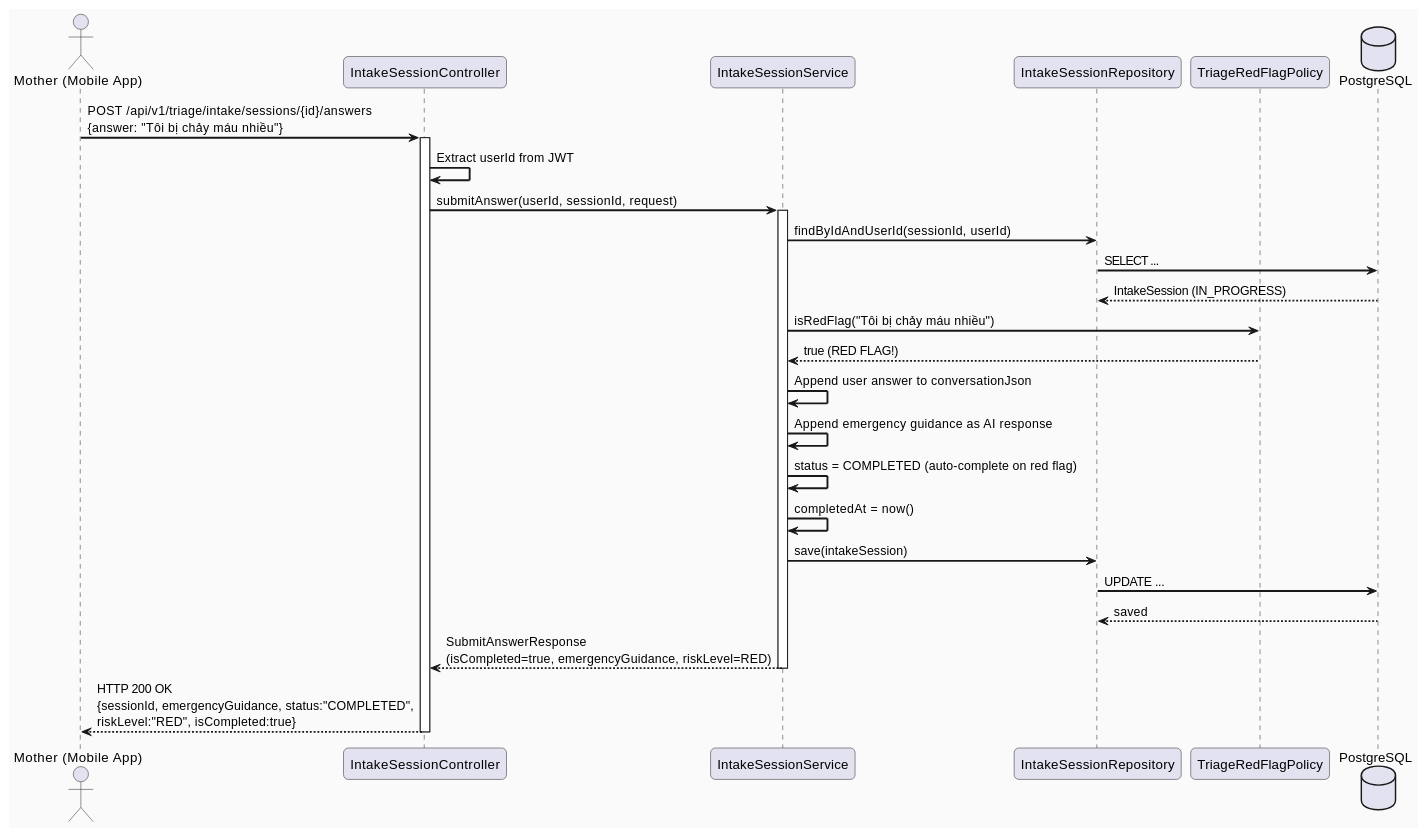
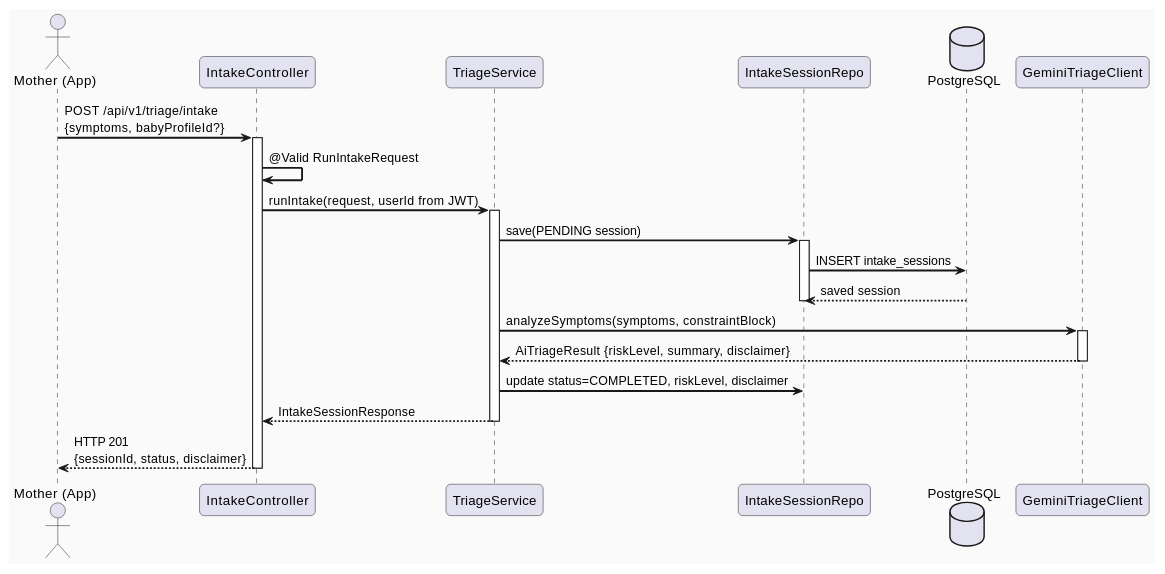
One commit to ChuongBDHE172784/CareBridge_SEP490_G79 changed the second of 4 diagrams in 04_Implement/UC60_RunAISymptomIntake/UC60_RunAISymptomIntake_TDS.md. Above: the diagram before and after it, drawn with PlantUML. The commit also changed other lines of this file and 75 other files, not shown here.

````diff
--- a/04_Implement/UC60_RunAISymptomIntake/UC60_RunAISymptomIntake_TDS.md
+++ b/04_Implement/UC60_RunAISymptomIntake/UC60_RunAISymptomIntake_TDS.md
@@ -547,44 +294,40 @@
 ```plantuml
-@startuml UC60_SequenceDiagram_RedFlag
+@startuml UC60_SequenceDiagram_HappyPath
 skinparam sequenceArrowThickness 2
 skinparam roundcorner 10
 skinparam backgroundColor #FAFAFA
 
-actor       "Mother (Mobile App)" as Client
-participant "IntakeSessionController" as Controller
-participant "IntakeSessionService" as Service
-participant "IntakeSessionRepository" as Repository
-participant "TriageRedFlagPolicy" as RedFlag
-database    "PostgreSQL" as DB
+actor       "Mother (App)"       as Client
+participant "IntakeController"   as Controller
+participant "TriageService"      as Service
+participant "IntakeSessionRepo"  as Repository
+database    "PostgreSQL"         as DB
+participant "GeminiTriageClient" as Gemini
 
-Client -> Controller : POST /api/v1/triage/intake/sessions/{id}/answers\n{answer: "Tôi bị chảy máu nhiều"}
+Client -> Controller : POST /api/v1/triage/intake\n{symptoms, babyProfileId?}
 activate Controller
 
-Controller -> Controller : Extract userId from JWT
-Controller -> Service : submitAnswer(userId, sessionId, request)
+Controller -> Controller : @Valid RunIntakeRequest
+Controller -> Service : runIntake(request, userId from JWT)
 activate Service
 
-Service -> Repository : findByIdAndUserId(sessionId, userId)
-Repository -> DB : SELECT ...
-DB --> Repository : IntakeSession (IN_PROGRESS)
+Service -> Repository : save(PENDING session)
+activate Repository
+Repository -> DB : INSERT intake_sessions
+DB --> Repository : saved session
+deactivate Repository
 
-Service -> RedFlag : isRedFlag("Tôi bị chảy máu nhiều")
-RedFlag --> Service : true (RED FLAG!)
+Service -> Gemini : analyzeSymptoms(symptoms, constraintBlock)
+activate Gemini
+Gemini --> Service : AiTriageResult {riskLevel, summary, disclaimer}
+deactivate Gemini
 
-Service -> Service : Append user answer to conversationJson
-Service -> Service : Append emergency guidance as AI response
-Service -> Service : status = COMPLETED (auto-complete on red flag)
-Service -> Service : completedAt = now()
-
-Service -> Repository : save(intakeSession)
-Repository -> DB : UPDATE ...
-DB --> Repository : saved
-
-Service --> Controller : SubmitAnswerResponse\n(isCompleted=true, emergencyGuidance, riskLevel=RED)
+Service -> Repository : update status=COMPLETED, riskLevel, disclaimer
+Service --> Controller : IntakeSessionResponse
 deactivate Service
 
-Controller --> Client : HTTP 200 OK\n{sessionId, emergencyGuidance, status:"COMPLETED",\nriskLevel:"RED", isCompleted:true}
+Controller --> Client : HTTP 201\n{sessionId, status, disclaimer}
 deactivate Controller
 
 @enduml
 ```
````
